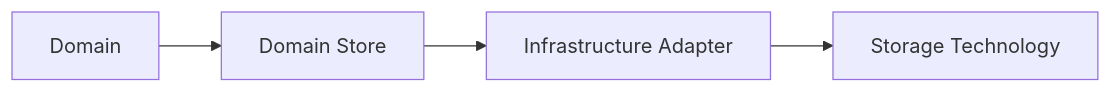
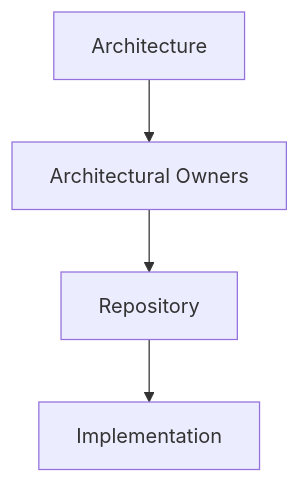
One commit to kjvonly/kjvonly.bible changed the first of 3 diagrams in docs/05-development-guide/001-repository-organization.md. Above: the diagram before and after it, drawn with Mermaid. The commit also changed other lines of this file, not shown here.

````diff
--- a/docs/05-development-guide/001-repository-organization.md
+++ b/docs/05-development-guide/001-repository-organization.md
@@ -240,17 +63,17 @@
 ```mermaid
-flowchart LR
+flowchart TD
 
-    Domain["Domain"]
+    Architecture["Architecture"]
 
-    Store["Domain Store"]
+    Owners["Architectural Owners"]
 
-    Adapter["Infrastructure Adapter"]
+    Repository["Repository"]
 
-    Technology["Storage Technology"]
+    Code["Implementation"]
 
-    Domain --> Store
+    Architecture --> Owners
 
-    Store --> Adapter
+    Owners --> Repository
 
-    Adapter --> Technology
+    Repository --> Code
 ```
````
